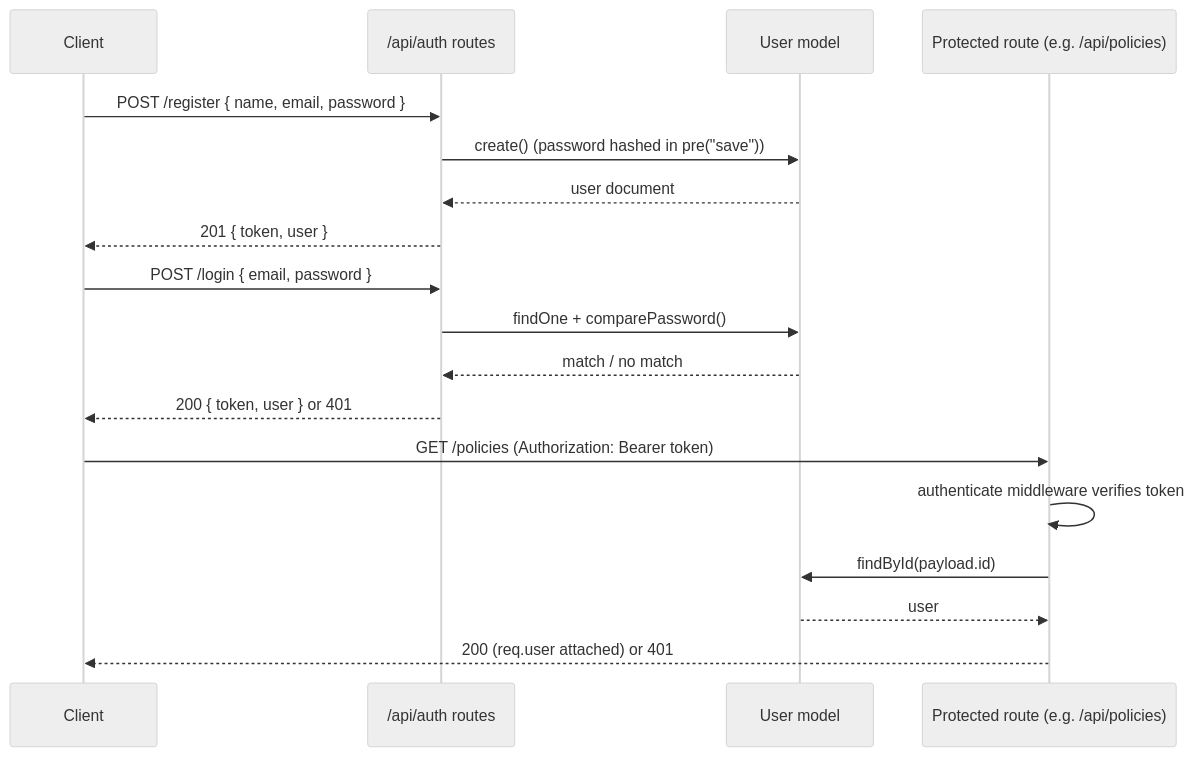
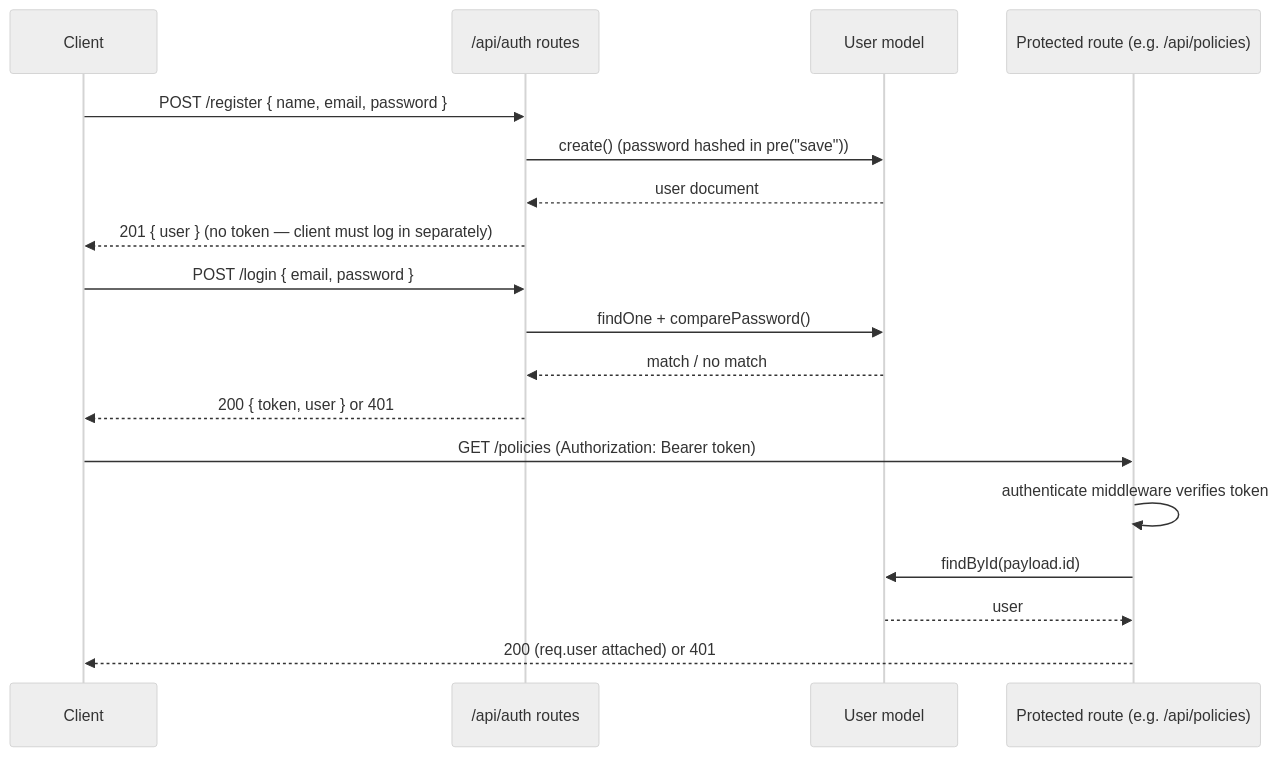
One commit to das77/fsep-cap3-policy-claims-tracker changed the fourth of 4 diagrams in docs/ARCHITECTURE.md. Above: the diagram before and after it, drawn with Mermaid (neutral theme). The commit also changed 1 other file, not shown here.

Commit message:
docs: update authentication flow in README and ARCHITECTURE documents to clarify token handling

````diff
--- a/docs/ARCHITECTURE.md
+++ b/docs/ARCHITECTURE.md
@@ -57,23 +57,23 @@
 ```mermaid
 sequenceDiagram
     participant C as Client
     participant A as /api/auth routes
     participant U as User model
     participant R as Protected route (e.g. /api/policies)
 
     C->>A: POST /register { name, email, password }
     A->>U: create() (password hashed in pre("save"))
     U-->>A: user document
-    A-->>C: 201 { token, user }
+    A-->>C: 201 { user } (no token — client must log in separately)
 
     C->>A: POST /login { email, password }
     A->>U: findOne + comparePassword()
     U-->>A: match / no match
     A-->>C: 200 { token, user } or 401
 
     C->>R: GET /policies (Authorization: Bearer token)
     R->>R: authenticate middleware verifies token
     R->>U: findById(payload.id)
     U-->>R: user
     R-->>C: 200 (req.user attached) or 401
 ```
````
